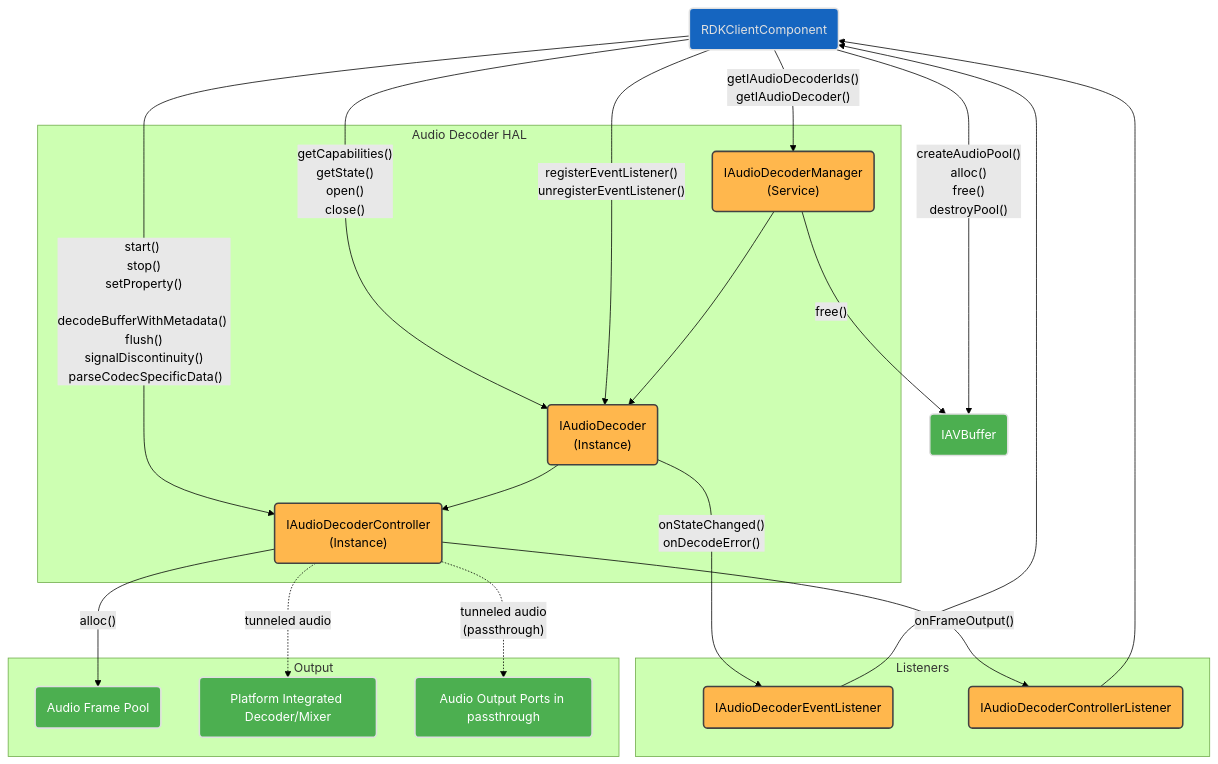
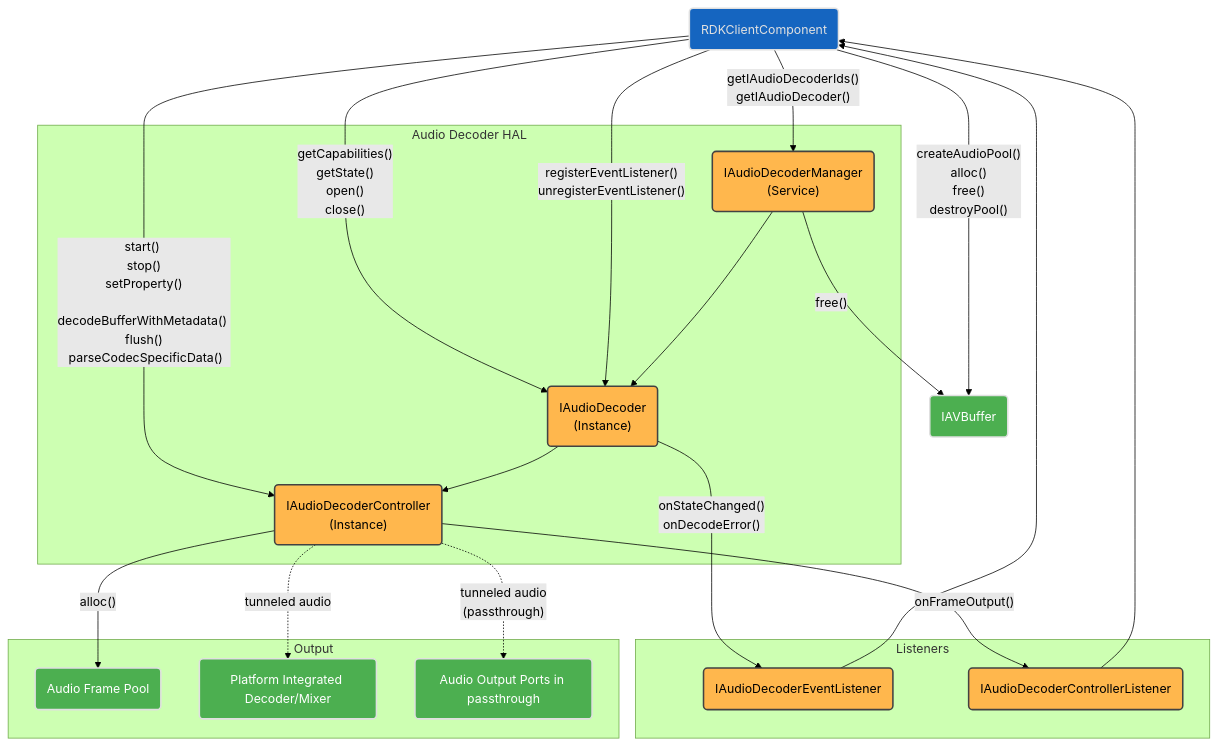
Before and after one commit to rdkcentral/rdk-halif-aidl: the first of 5 diagrams in audiodecoder/current/docs/audio_decoder.md, drawn with Mermaid (forest theme). The commit also changed other lines of this file and 7 other files, not shown here.

First line of the commit message:
feat(audiodecoder,videodecoder)!: activate InputBufferMetadata.discontinuity, remove signalDiscontinuity() (#706)

````diff
--- a/audiodecoder/current/docs/audio_decoder.md
+++ b/audiodecoder/current/docs/audio_decoder.md
@@ -106,50 +106,50 @@
 ```mermaid
 flowchart TD
     RDKClientComponent("RDKClientComponent")
     subgraph Listeners["Listeners"]
         IAudioDecoderEventListener("IAudioDecoderEventListener")
         IAudioDecoderControllerListener("IAudioDecoderControllerListener")
     end
     subgraph IAudioDecoderHAL["Audio Decoder HAL"]
         IAudioDecoderManager("IAudioDecoderManager <br>(Service)")
         IAudioDecoder("IAudioDecoder <br>(Instance)")
         IAudioDecoderController("IAudioDecoderController <br>(Instance)")
     end
     subgraph OutputComponents["Output"]
         AudioFramePool("Audio Frame Pool")
         PlatformDecoder("Platform Integrated Decoder/Mixer")
         AudioOutput("Audio Output Ports in passthrough")
     end
     RDKClientComponent -- createAudioPool() <br> alloc() <br> free() <br> destroyPool() --> IAVBuffer(IAVBuffer)
     RDKClientComponent -- getIAudioDecoderIds() <br> getIAudioDecoder() --> IAudioDecoderManager
     RDKClientComponent -- getCapabilities() <br> getState() <br> open() <br> close() --> IAudioDecoder
     RDKClientComponent -- registerEventListener() <br> unregisterEventListener() --> IAudioDecoder
-    RDKClientComponent -- start() <br> stop() <br> setProperty() <br> decodeBufferWithMetadata() <br> flush() <br> signalDiscontinuity() <br> parseCodecSpecificData() --> IAudioDecoderController
+    RDKClientComponent -- start() <br> stop() <br> setProperty() <br> decodeBufferWithMetadata() <br> flush() <br> parseCodecSpecificData() --> IAudioDecoderController
     IAudioDecoderManager --> IAudioDecoder --> IAudioDecoderController
     IAudioDecoder -- onStateChanged() <br> onDecodeError() --> IAudioDecoderEventListener
     IAudioDecoderEventListener --> RDKClientComponent
     IAudioDecoderControllerListener --> RDKClientComponent
     IAudioDecoderController -- onFrameOutput() --> IAudioDecoderControllerListener
     IAudioDecoderController -- alloc() --> AudioFramePool
     IAudioDecoderManager -- free() --> IAVBuffer
     IAudioDecoderController -. tunneled audio -.-> PlatformDecoder
     IAudioDecoderController -. tunneled audio <br>(passthrough) -.-> AudioOutput
 
     classDef background fill:#121212,stroke:none,color:#E0E0E0;
     classDef blue fill:#1565C0,stroke:#E0E0E0,stroke-width:2px,color:#E0E0E0;
     classDef lightGrey fill:#616161,stroke:#E0E0E0,stroke-width:2px,color:#FFFFFF;
     classDef wheat fill:#FFB74D,stroke:#424242,stroke-width:2px,color:#000000;
     classDef green fill:#4CAF50,stroke:#E0E0E0,stroke-width:2px,color:#FFFFFF;
     classDef default fill:#1E1E1E,stroke:#E0E0E0,stroke-width:1px,color:#E0E0E0;
 
     RDKClientComponent:::blue
     IAudioDecoderManager:::wheat
     IAudioDecoderController:::wheat
     IAudioDecoder:::wheat
     IAVBuffer:::green
     IAudioDecoderControllerListener:::wheat
     IAudioDecoderEventListener:::wheat
     AudioFramePool:::green
     PlatformDecoder:::green
     AudioOutput:::green
 ```
````
